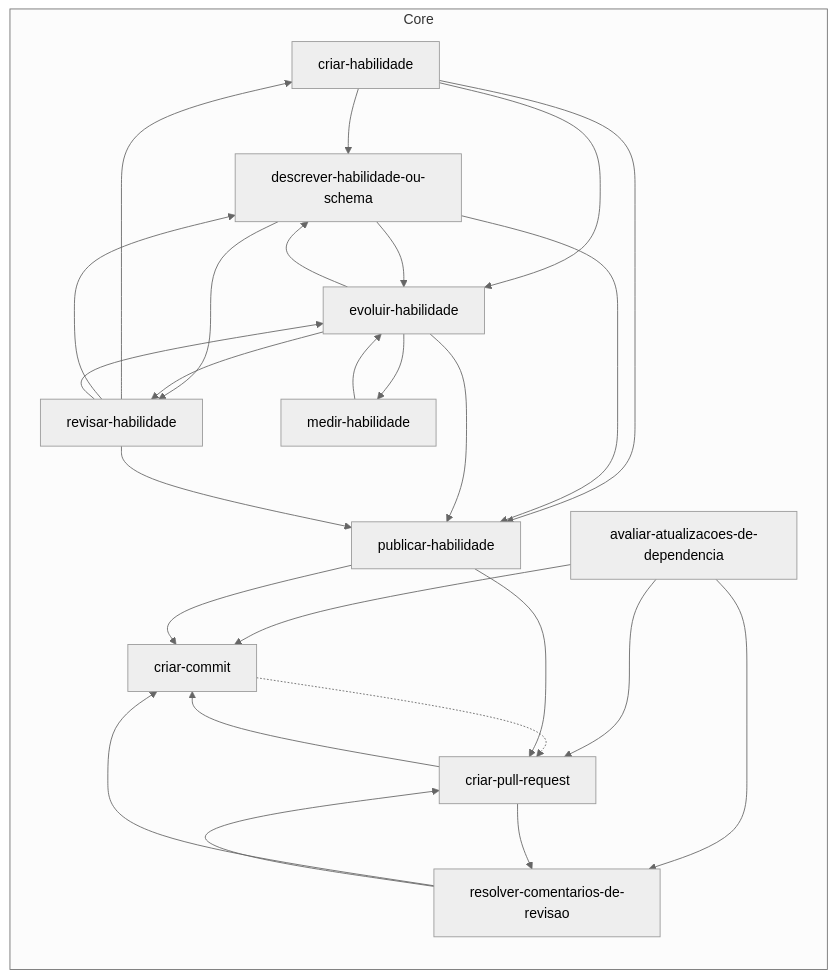
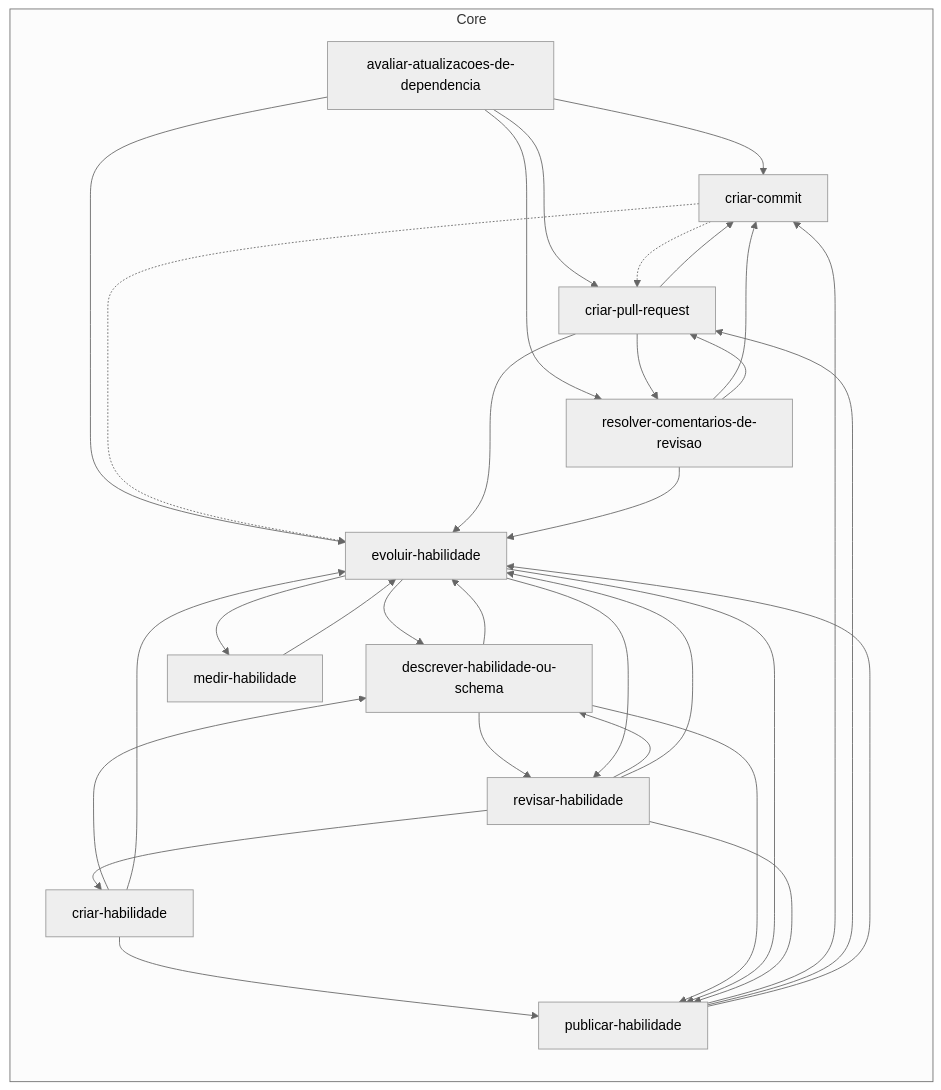
One commit to jimmyandrade/harness changed the diagram in .agents/skills/README.md. Above: the diagram before and after it, drawn with Mermaid (neutral theme). The commit also changed 11 other files, not shown here.

````diff
--- a/.agents/skills/README.md
+++ b/.agents/skills/README.md
@@ -11,40 +11,45 @@
 ```mermaid
 flowchart LR
   subgraph core["Core"]
     avaliar_atualizacoes_de_dependencia["avaliar-atualizacoes-de-dependencia"]
     criar_commit["criar-commit"]
     criar_habilidade["criar-habilidade"]
     criar_pull_request["criar-pull-request"]
     descrever_habilidade_ou_schema["descrever-habilidade-ou-schema"]
     evoluir_habilidade["evoluir-habilidade"]
     medir_habilidade["medir-habilidade"]
     publicar_habilidade["publicar-habilidade"]
     resolver_comentarios_de_revisao["resolver-comentarios-de-revisao"]
     revisar_habilidade["revisar-habilidade"]
   end
   avaliar_atualizacoes_de_dependencia --> criar_commit
   avaliar_atualizacoes_de_dependencia --> criar_pull_request
+  avaliar_atualizacoes_de_dependencia --> evoluir_habilidade
   avaliar_atualizacoes_de_dependencia --> resolver_comentarios_de_revisao
   criar_commit -.-> criar_pull_request
+  criar_commit -.-> evoluir_habilidade
   criar_habilidade --> descrever_habilidade_ou_schema
   criar_habilidade --> evoluir_habilidade
   criar_habilidade --> publicar_habilidade
   criar_pull_request --> criar_commit
+  criar_pull_request --> evoluir_habilidade
   criar_pull_request --> resolver_comentarios_de_revisao
   descrever_habilidade_ou_schema --> evoluir_habilidade
   descrever_habilidade_ou_schema --> publicar_habilidade
   descrever_habilidade_ou_schema --> revisar_habilidade
   evoluir_habilidade --> descrever_habilidade_ou_schema
   evoluir_habilidade --> medir_habilidade
   evoluir_habilidade --> publicar_habilidade
   evoluir_habilidade --> revisar_habilidade
   medir_habilidade --> evoluir_habilidade
   publicar_habilidade --> criar_commit
   publicar_habilidade --> criar_pull_request
+  publicar_habilidade --> evoluir_habilidade
   resolver_comentarios_de_revisao --> criar_commit
   resolver_comentarios_de_revisao --> criar_pull_request
+  resolver_comentarios_de_revisao --> evoluir_habilidade
   revisar_habilidade --> criar_habilidade
   revisar_habilidade --> descrever_habilidade_ou_schema
   revisar_habilidade --> evoluir_habilidade
   revisar_habilidade --> publicar_habilidade
 ```
````
